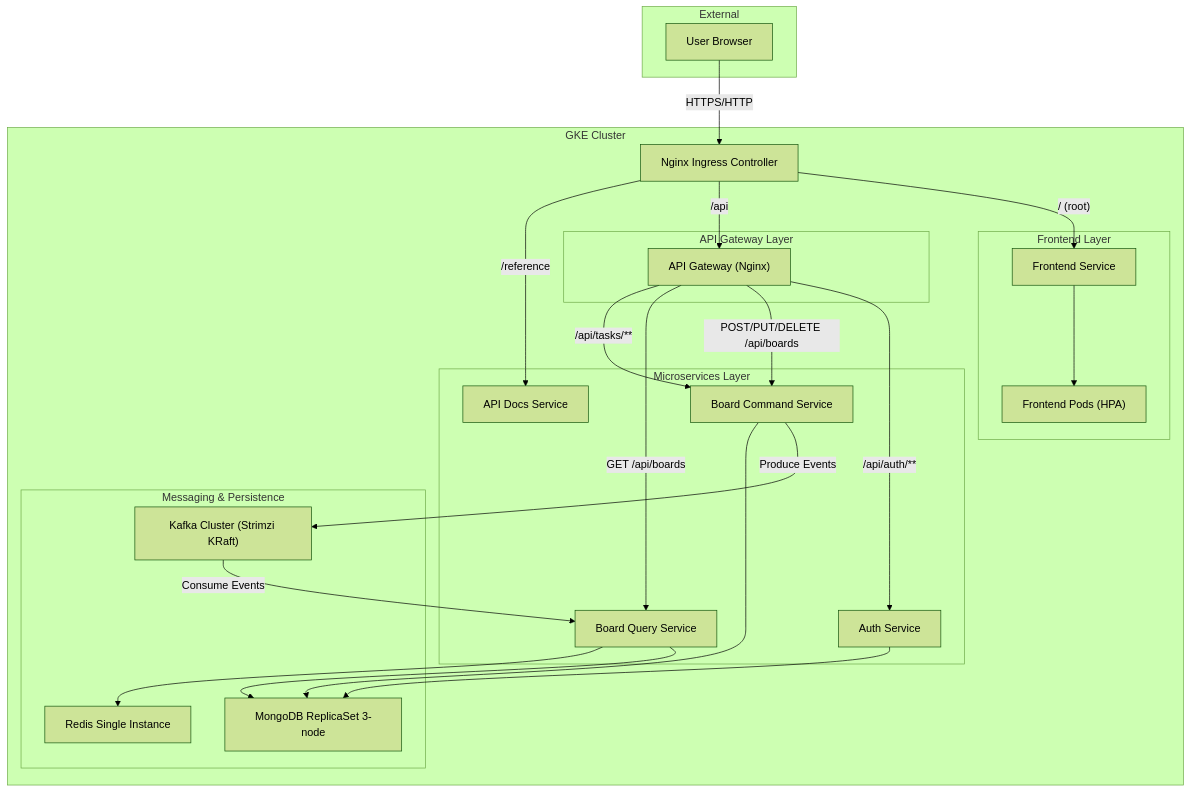
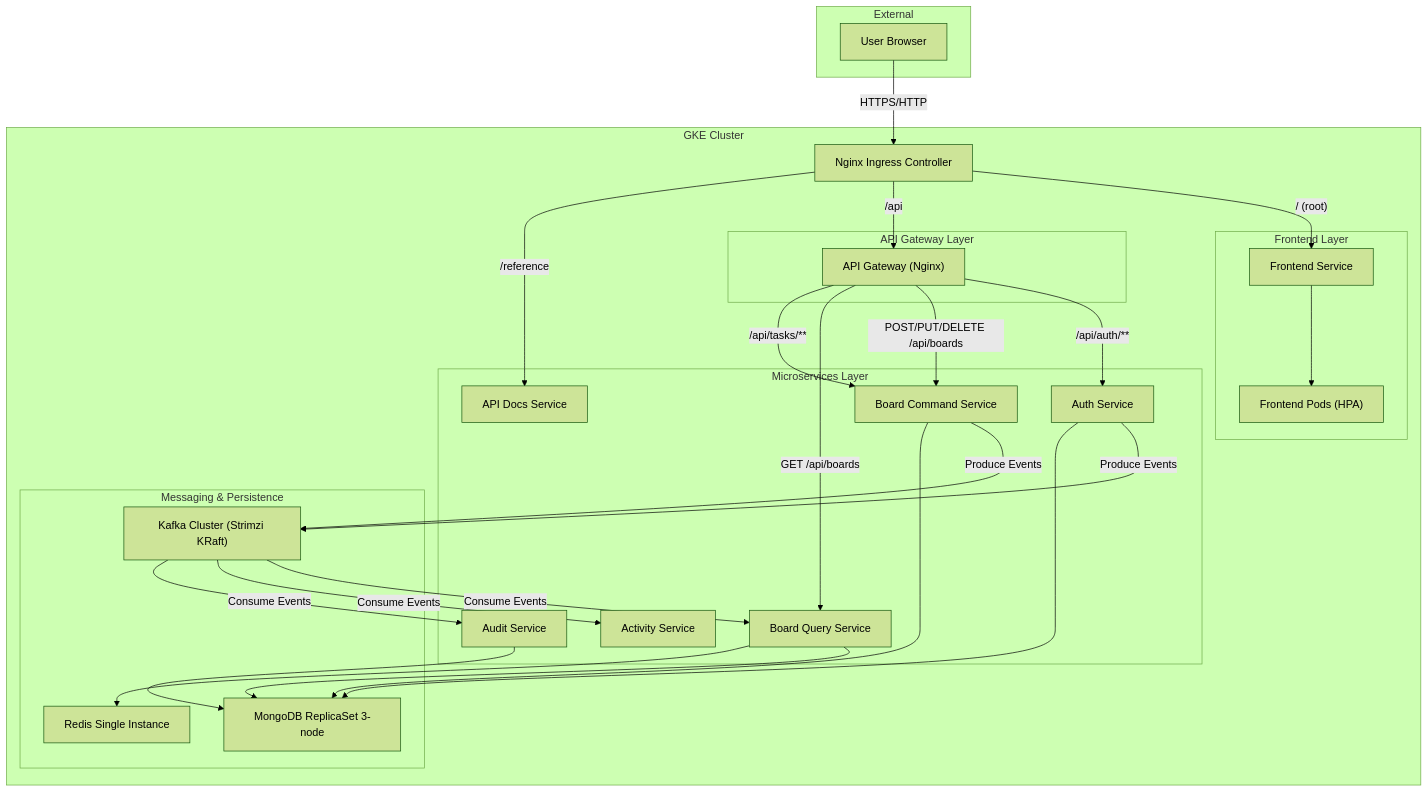
One commit to MemerGamer/Cascade changed the first of 2 diagrams in docs/architecture_presentation.md. Above: the diagram before and after it, drawn with Mermaid (forest theme). The commit also changed other lines of this file and 6 other files, not shown here.

Commit message:
feat: added Activity and Audit services to build and push script, updated README and architecture documentation to reflect new services and their functionalities

````diff
--- a/docs/architecture_presentation.md
+++ b/docs/architecture_presentation.md
@@ -9,52 +7,58 @@
 ```mermaid
 graph TB
     subgraph "External"
         User[User Browser]
     end
 
     subgraph "GKE Cluster"
         Ingress[Nginx Ingress Controller]
 
         subgraph "API Gateway Layer"
             Gateway["API Gateway (Nginx)"]
         end
 
         subgraph "Frontend Layer"
             FE[Frontend Service]
             FE_Pods["Frontend Pods (HPA)"]
         end
 
         subgraph "Microservices Layer"
             Auth[Auth Service]
             Cmd[Board Command Service]
             Query[Board Query Service]
+            Activity[Activity Service]
+            Audit[Audit Service]
             ApiDocs[API Docs Service]
         end
 
         subgraph "Messaging & Persistence"
             Kafka["Kafka Cluster (Strimzi KRaft)"]
             Mongo[MongoDB ReplicaSet 3-node]
             Redis[Redis Single Instance]
         end
     end
 
     User -->|HTTPS/HTTP| Ingress
     Ingress -->|"/ (root)"| FE
     Ingress -->|/api| Gateway
     Ingress -->|/reference| ApiDocs
 
     FE --> FE_Pods
 
     Gateway -->|"/api/auth/**"| Auth
     Gateway -->|"POST/PUT/DELETE /api/boards"| Cmd
     Gateway -->|"GET /api/boards"| Query
     Gateway -->|"/api/tasks/**"| Cmd
 
     Cmd -->|Produce Events| Kafka
+    Auth -->|Produce Events| Kafka
     Kafka -->|Consume Events| Query
+    Kafka -->|Consume Events| Activity
+    Kafka -->|Consume Events| Audit
 
     Auth --> Mongo
     Cmd --> Mongo
     Query --> Mongo
+    Audit --> Mongo
     Query --> Redis
 ```
````
